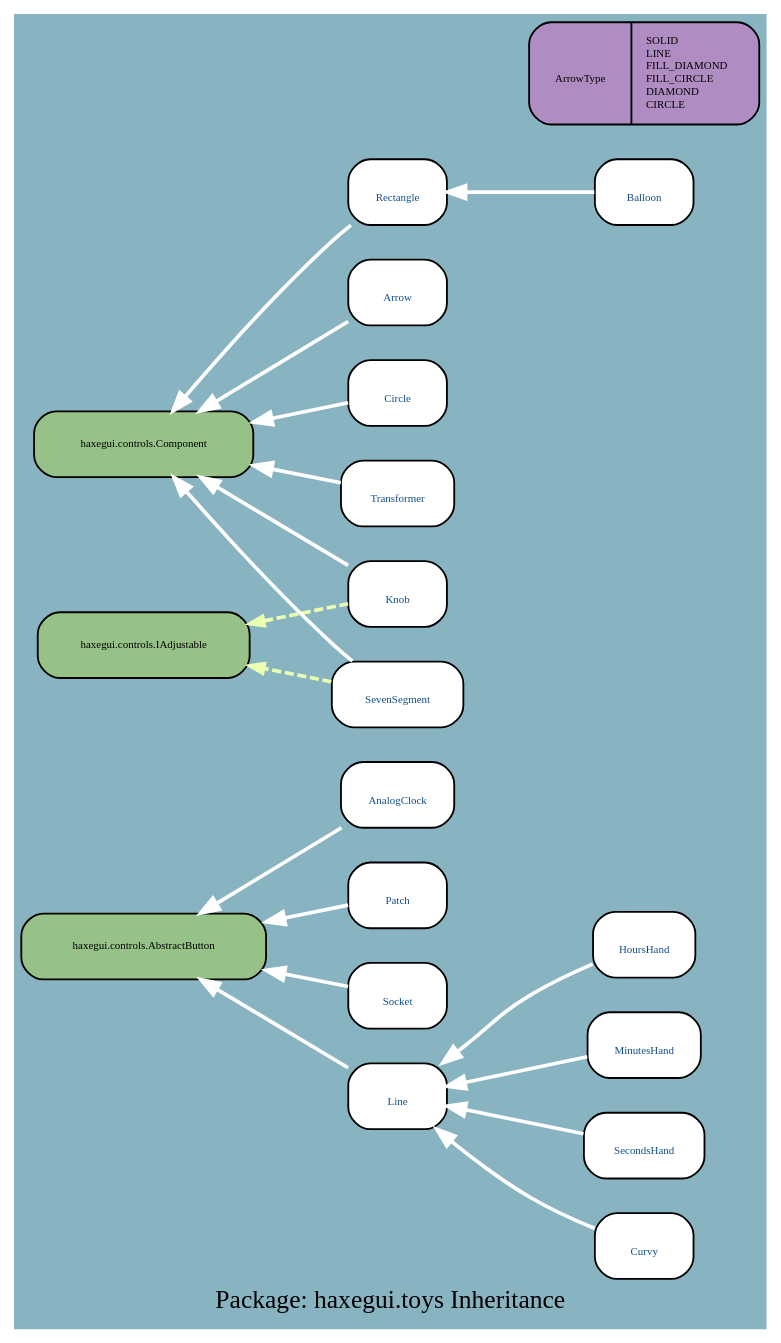
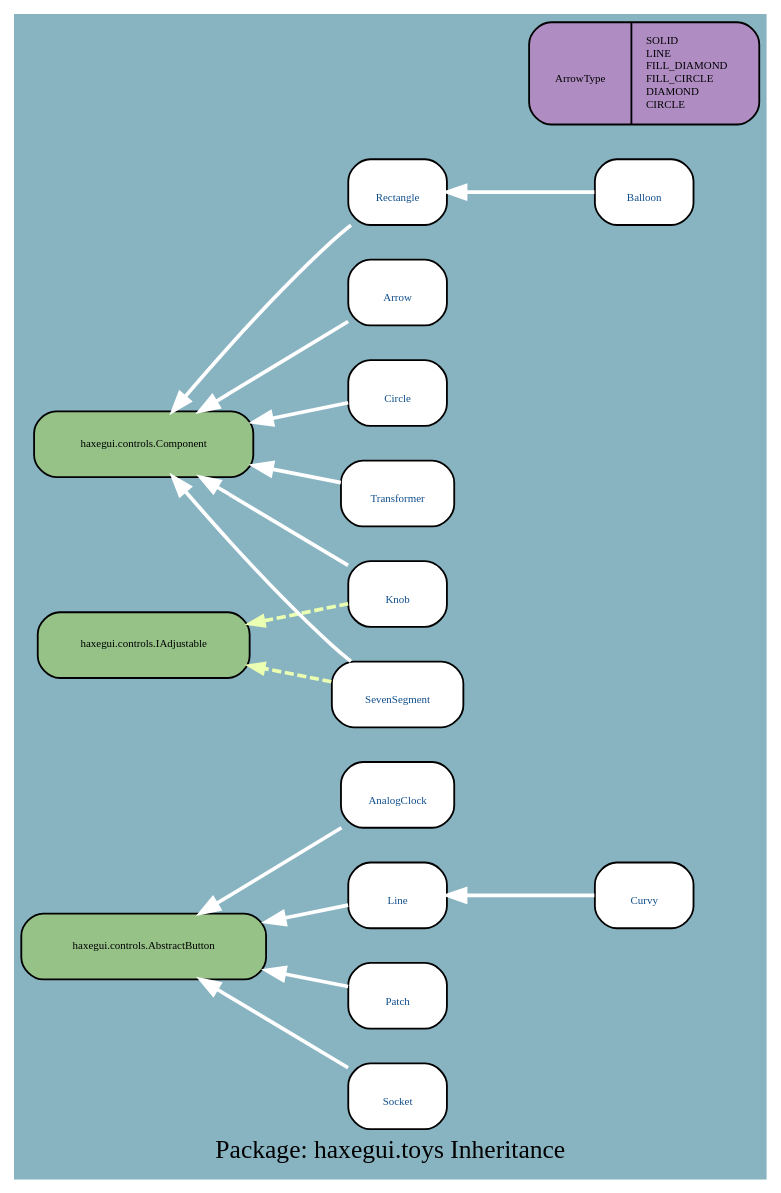
Before and after one commit to google-code-export/haxegui: the diagram in docs/uml/haxegui.toys_I.dot, drawn with Graphviz. The commit also changed 160 other files, not shown here.

```diff
--- a/docs/uml/haxegui.toys_I.dot
+++ b/docs/uml/haxegui.toys_I.dot
@@ -1,43 +1,37 @@
 digraph uml {
 	graph [label="Package: haxegui.toys Inheritance", ratio=compress, rankdir=RL, smoothing=avg_dist, overlap=compress, packMode="graph", labelloc=c, fontname="DejaVu Sans Condenesed", fontsize=14, bgcolor="#88B3C1", fontcolor=black];
 	node [label="\N", style="rounded,filled", fillcolor="#96c288", fontcolor="#104E8B", fontname="FFF Harmony", fontsize=6, shape=record, color=black];
 	edge [fontname=Sans, fontsize=8, minlen="1.2", color=black, fontcolor=black];
 	graph [lp="204,12",
-		bb="0,0,408,702"];
-	"haxegui.toys.Line" [label="{\nLine}", fillcolor=white, URL="../types/haxegui/toys/Line.html", tooltip="\nLine", portPos=w, pos="208,124", rects="181,106,235,142", width="0.75", height="0.50"];
-	"haxegui.controls.AbstractButton" [fontcolor=black, pos="68,205", rects="1,187,136,223", width="1.86", height="0.50"];
-	"haxegui.toys.HoursHand" [label="{\nHoursHand}", fillcolor=white, URL="../types/haxegui/toys/HoursHand.html", tooltip="\nHoursHand", portPos=w, pos="344,205", rects="316,187,373,223", width="0.78", height="0.50"];
-	"haxegui.toys.MinutesHand" [label="{\nMinutesHand}", fillcolor=white, URL="../types/haxegui/toys/MinutesHand.html", tooltip="\nMinutesHand", portPos=w, pos="344,151", rects="313,133,376,169", width="0.86", height="0.50"];
-	"haxegui.toys.SecondsHand" [label="{\nSecondsHand}", fillcolor=white, URL="../types/haxegui/toys/SecondsHand.html", tooltip="\nSecondsHand", portPos=w, pos="344,97", rects="311,79,377,115", width="0.92", height="0.50"];
-	"haxegui.toys.AnalogClock" [label="{\nAnalogClock}", fillcolor=white, URL="../types/haxegui/toys/AnalogClock.html", tooltip="\nAnalogClock", portPos=w, pos="208,286", rects="177,268,239,304", width="0.86", height="0.50"];
-	"haxegui.toys.Patch" [label="{\nPatch}", fillcolor=white, URL="../types/haxegui/toys/Patch.html", tooltip="\nPatch", portPos=w, pos="208,232", rects="181,214,235,250", width="0.75", height="0.50"];
-	"haxegui.toys.Knob" [label="{\nKnob}", fillcolor=white, URL="../types/haxegui/toys/Knob.html", tooltip="\nKnob", portPos=w, pos="208,394", rects="181,376,235,412", width="0.75", height="0.50"];
-	"haxegui.controls.Component" [fontcolor=black, pos="68,475", rects="8,457,128,493", width="1.67", height="0.50"];
-	"haxegui.controls.IAdjustable" [fontcolor=black, pos="68,367", rects="10,349,127,385", width="1.61", height="0.50"];
-	"haxegui.toys.Circle" [label="{\nCircle}", fillcolor=white, URL="../types/haxegui/toys/Circle.html", tooltip="\nCircle", portPos=w, pos="208,502", rects="181,484,235,520", width="0.75", height="0.50"];
-	"haxegui.toys.Transformer" [label="{\nTransformer}", fillcolor=white, URL="../types/haxegui/toys/Transformer.html", tooltip="\nTransformer", portPos=w, pos="208,448", rects="177,430,240,466", width="0.86", height="0.50"];
-	"haxegui.toys.SevenSegment" [label="{\nSevenSegment}", fillcolor=white, URL="../types/haxegui/toys/SevenSegment.html", tooltip="\nSevenSegment", portPos=w, pos="208,340", rects="172,322,244,358", width="1.00", height="0.50"];
-	"haxegui.toys.Rectangle" [label="{\nRectangle}", fillcolor=white, URL="../types/haxegui/toys/Rectangle.html", tooltip="\nRectangle", portPos=w, pos="208,610", rects="181,592,235,628", width="0.75", height="0.50"];
-	"haxegui.toys.ArrowType" [label="{\nArrowType|SOLID\lLINE\lFILL_DIAMOND\lFILL_CIRCLE\lDIAMOND\lCIRCLE\l}", fillcolor="#af8dc3", fontcolor=black, pos="344,674", rects="281,646,338,702 338,646,408,702", width="1.75", height="0.78"];
-	"haxegui.toys.Arrow" [label="{\nArrow}", fillcolor=white, URL="../types/haxegui/toys/Arrow.html", tooltip="\nArrow", portPos=w, pos="208,556", rects="181,538,235,574", width="0.75", height="0.50"];
-	"haxegui.toys.Socket" [label="{\nSocket}", fillcolor=white, URL="../types/haxegui/toys/Socket.html", tooltip="\nSocket", portPos=w, pos="208,178", rects="181,160,235,196", width="0.75", height="0.50"];
-	"haxegui.toys.Curvy" [label="{\nCurvy}", fillcolor=white, URL="../types/haxegui/toys/Curvy.html", tooltip="\nCurvy", portPos=w, pos="344,43", rects="317,25,371,61", width="0.75", height="0.50"];
-	"haxegui.toys.Balloon" [label="{\nBalloon}", fillcolor=white, URL="../types/haxegui/toys/Balloon.html", tooltip="\nBalloon", portPos=w, pos="344,610", rects="317,592,371,628", width="0.75", height="0.50"];
-	"haxegui.toys.Line" -> "haxegui.controls.AbstractButton" [color=white, style=bold, arrowhead=normal, arrowsize="1.0", pos="e,99,187 181,140 160,152 131,169 108,182"];
-	"haxegui.toys.HoursHand" -> "haxegui.toys.Line" [color=white, style=bold, arrowhead=normal, arrowsize="1.0", pos="e,232,142 316,195 304,191 291,185 280,178 279,178 259,163 240,148"];
-	"haxegui.toys.MinutesHand" -> "haxegui.toys.Line" [color=white, style=bold, arrowhead=normal, arrowsize="1.0", pos="e,235,129 313,145 293,141 267,136 245,131"];
-	"haxegui.toys.SecondsHand" -> "haxegui.toys.Line" [color=white, style=bold, arrowhead=normal, arrowsize="1.0", pos="e,235,119 311,104 290,108 266,113 245,117"];
-	"haxegui.toys.AnalogClock" -> "haxegui.controls.AbstractButton" [color=white, style=bold, arrowhead=normal, arrowsize="1.0", pos="e,100,223 177,268 157,257 130,241 109,228"];
-	"haxegui.toys.Patch" -> "haxegui.controls.AbstractButton" [color=white, style=bold, arrowhead=normal, arrowsize="1.0", pos="e,136,218 181,227 171,225 159,222 146,220"];
-	"haxegui.toys.Knob" -> "haxegui.controls.Component" [color=white, style=bold, arrowhead=normal, arrowsize="1.0", pos="e,99,457 181,410 160,422 131,439 108,452"];
-	"haxegui.toys.Knob" -> "haxegui.controls.IAdjustable" [color="#ebffb2", style="dashed, bold", arrowhead=normal, arrowsize="0.75", pos="e,127,379 181,389 168,386 151,383 135,380"];
-	"haxegui.toys.Circle" -> "haxegui.controls.Component" [color=white, style=bold, arrowhead=normal, arrowsize="1.0", pos="e,128,487 181,497 169,495 154,491 138,489"];
-	"haxegui.toys.Transformer" -> "haxegui.controls.Component" [color=white, style=bold, arrowhead=normal, arrowsize="1.0", pos="e,128,463 177,454 166,456 152,459 138,461"];
-	"haxegui.toys.SevenSegment" -> "haxegui.controls.Component" [color=white, style=bold, arrowhead=normal, arrowsize="1.0", pos="e,84,457 182,358 179,361 175,364 172,367 143,393 111,427 91,449"];
-	"haxegui.toys.SevenSegment" -> "haxegui.controls.IAdjustable" [color="#ebffb2", style="dashed, bold", arrowhead=normal, arrowsize="0.75", pos="e,127,356 172,347 160,350 147,352 134,355"];
-	"haxegui.toys.Rectangle" -> "haxegui.controls.Component" [color=white, style=bold, arrowhead=normal, arrowsize="1.0", pos="e,84,493 182,592 179,589 175,586 172,583 142,556 111,523 91,500"];
-	"haxegui.toys.Arrow" -> "haxegui.controls.Component" [color=white, style=bold, arrowhead=normal, arrowsize="1.0", pos="e,99,493 181,540 160,528 131,511 108,498"];
-	"haxegui.toys.Socket" -> "haxegui.controls.AbstractButton" [color=white, style=bold, arrowhead=normal, arrowsize="1.0", pos="e,136,192 181,183 171,185 159,188 146,190"];
-	"haxegui.toys.Curvy" -> "haxegui.toys.Line" [color=white, style=bold, arrowhead=normal, arrowsize="1.0", pos="e,229,106 317,53 305,57 291,63 280,70 265,78 250,90 237,100"];
-	"haxegui.toys.Balloon" -> "haxegui.toys.Rectangle" [color=white, style=bold, arrowhead=normal, arrowsize="1.0", pos="e,235,610 317,610 296,610 268,610 245,610"];
+		bb="0,0,408,621"];
+	"haxegui.toys.AnalogClock" [label="{\nAnalogClock}", fillcolor=white, URL="../types/haxegui/toys/AnalogClock.html", tooltip="\nAnalogClock", portPos=w, pos="208,205", rects="177,187,239,223", width="0.86", height="0.50"];
+	"haxegui.controls.AbstractButton" [fontcolor=black, pos="68,124", rects="1,106,136,142", width="1.86", height="0.50"];
+	"haxegui.toys.Line" [label="{\nLine}", fillcolor=white, URL="../types/haxegui/toys/Line.html", tooltip="\nLine", portPos=w, pos="208,151", rects="181,133,235,169", width="0.75", height="0.50"];
+	"haxegui.toys.Patch" [label="{\nPatch}", fillcolor=white, URL="../types/haxegui/toys/Patch.html", tooltip="\nPatch", portPos=w, pos="208,97", rects="181,79,235,115", width="0.75", height="0.50"];
+	"haxegui.toys.Knob" [label="{\nKnob}", fillcolor=white, URL="../types/haxegui/toys/Knob.html", tooltip="\nKnob", portPos=w, pos="208,313", rects="181,295,235,331", width="0.75", height="0.50"];
+	"haxegui.controls.Component" [fontcolor=black, pos="68,394", rects="8,376,128,412", width="1.67", height="0.50"];
+	"haxegui.controls.IAdjustable" [fontcolor=black, pos="68,286", rects="10,268,127,304", width="1.61", height="0.50"];
+	"haxegui.toys.Circle" [label="{\nCircle}", fillcolor=white, URL="../types/haxegui/toys/Circle.html", tooltip="\nCircle", portPos=w, pos="208,421", rects="181,403,235,439", width="0.75", height="0.50"];
+	"haxegui.toys.Transformer" [label="{\nTransformer}", fillcolor=white, URL="../types/haxegui/toys/Transformer.html", tooltip="\nTransformer", portPos=w, pos="208,367", rects="177,349,240,385", width="0.86", height="0.50"];
+	"haxegui.toys.SevenSegment" [label="{\nSevenSegment}", fillcolor=white, URL="../types/haxegui/toys/SevenSegment.html", tooltip="\nSevenSegment", portPos=w, pos="208,259", rects="172,241,244,277", width="1.00", height="0.50"];
+	"haxegui.toys.Rectangle" [label="{\nRectangle}", fillcolor=white, URL="../types/haxegui/toys/Rectangle.html", tooltip="\nRectangle", portPos=w, pos="208,529", rects="181,511,235,547", width="0.75", height="0.50"];
+	"haxegui.toys.ArrowType" [label="{\nArrowType|SOLID\lLINE\lFILL_DIAMOND\lFILL_CIRCLE\lDIAMOND\lCIRCLE\l}", fillcolor="#af8dc3", fontcolor=black, pos="344,593", rects="281,565,338,621 338,565,408,621", width="1.75", height="0.78"];
+	"haxegui.toys.Arrow" [label="{\nArrow}", fillcolor=white, URL="../types/haxegui/toys/Arrow.html", tooltip="\nArrow", portPos=w, pos="208,475", rects="181,457,235,493", width="0.75", height="0.50"];
+	"haxegui.toys.Socket" [label="{\nSocket}", fillcolor=white, URL="../types/haxegui/toys/Socket.html", tooltip="\nSocket", portPos=w, pos="208,43", rects="181,25,235,61", width="0.75", height="0.50"];
+	"haxegui.toys.Curvy" [label="{\nCurvy}", fillcolor=white, URL="../types/haxegui/toys/Curvy.html", tooltip="\nCurvy", portPos=w, pos="344,151", rects="317,133,371,169", width="0.75", height="0.50"];
+	"haxegui.toys.Balloon" [label="{\nBalloon}", fillcolor=white, URL="../types/haxegui/toys/Balloon.html", tooltip="\nBalloon", portPos=w, pos="344,529", rects="317,511,371,547", width="0.75", height="0.50"];
+	"haxegui.toys.AnalogClock" -> "haxegui.controls.AbstractButton" [color=white, style=bold, arrowhead=normal, arrowsize="1.0", pos="e,100,142 177,187 157,176 130,160 109,147"];
+	"haxegui.toys.Line" -> "haxegui.controls.AbstractButton" [color=white, style=bold, arrowhead=normal, arrowsize="1.0", pos="e,136,137 181,146 171,144 159,141 146,139"];
+	"haxegui.toys.Patch" -> "haxegui.controls.AbstractButton" [color=white, style=bold, arrowhead=normal, arrowsize="1.0", pos="e,136,111 181,102 171,104 159,107 146,109"];
+	"haxegui.toys.Knob" -> "haxegui.controls.Component" [color=white, style=bold, arrowhead=normal, arrowsize="1.0", pos="e,99,376 181,329 160,341 131,358 108,371"];
+	"haxegui.toys.Knob" -> "haxegui.controls.IAdjustable" [color="#ebffb2", style="dashed, bold", arrowhead=normal, arrowsize="0.75", pos="e,127,298 181,308 168,305 151,302 135,299"];
+	"haxegui.toys.Circle" -> "haxegui.controls.Component" [color=white, style=bold, arrowhead=normal, arrowsize="1.0", pos="e,128,406 181,416 169,414 154,410 138,408"];
+	"haxegui.toys.Transformer" -> "haxegui.controls.Component" [color=white, style=bold, arrowhead=normal, arrowsize="1.0", pos="e,128,382 177,373 166,375 152,378 138,380"];
+	"haxegui.toys.SevenSegment" -> "haxegui.controls.Component" [color=white, style=bold, arrowhead=normal, arrowsize="1.0", pos="e,84,376 182,277 179,280 175,283 172,286 142,313 111,346 91,369"];
+	"haxegui.toys.SevenSegment" -> "haxegui.controls.IAdjustable" [color="#ebffb2", style="dashed, bold", arrowhead=normal, arrowsize="0.75", pos="e,127,275 172,266 160,269 147,271 134,274"];
+	"haxegui.toys.Rectangle" -> "haxegui.controls.Component" [color=white, style=bold, arrowhead=normal, arrowsize="1.0", pos="e,84,412 182,511 179,508 175,505 172,502 142,475 111,442 91,419"];
+	"haxegui.toys.Arrow" -> "haxegui.controls.Component" [color=white, style=bold, arrowhead=normal, arrowsize="1.0", pos="e,99,412 181,459 160,447 131,430 108,417"];
+	"haxegui.toys.Socket" -> "haxegui.controls.AbstractButton" [color=white, style=bold, arrowhead=normal, arrowsize="1.0", pos="e,99,106 181,59 160,71 131,88 108,101"];
+	"haxegui.toys.Curvy" -> "haxegui.toys.Line" [color=white, style=bold, arrowhead=normal, arrowsize="1.0", pos="e,235,151 317,151 296,151 268,151 245,151"];
+	"haxegui.toys.Balloon" -> "haxegui.toys.Rectangle" [color=white, style=bold, arrowhead=normal, arrowsize="1.0", pos="e,235,529 317,529 296,529 268,529 245,529"];
 }
```
